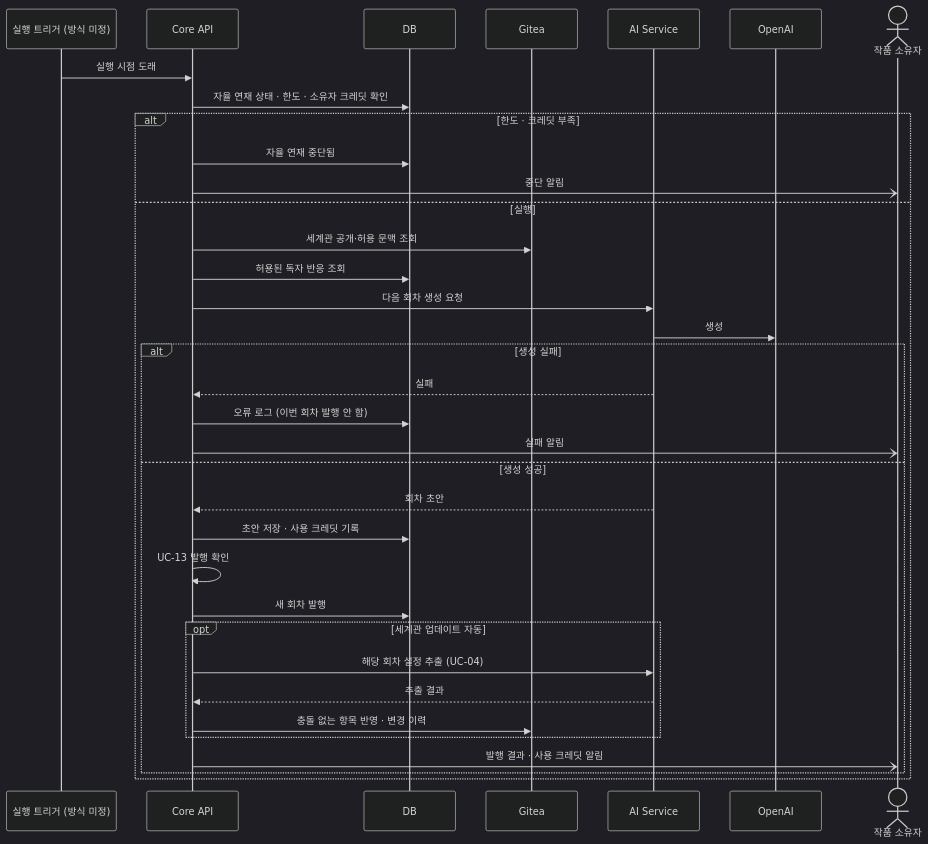
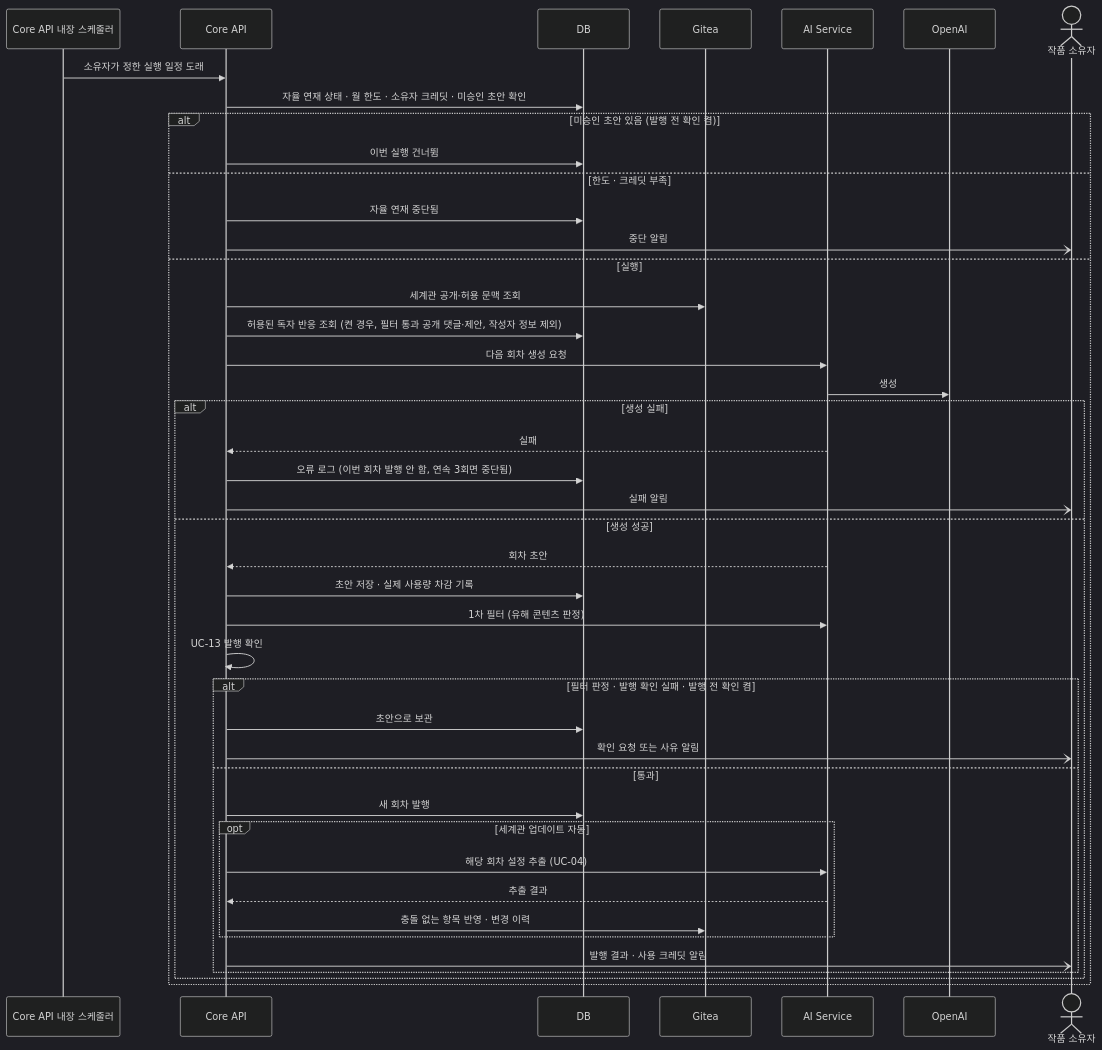
The fourth of 4 diagrams in docs/diagrams/sequence.md (SKNETWORKS-FAMILY-AICAMP/SKN34-FINAL-4TEAM), drawn with Mermaid (dark theme) before and after one commit. The commit also changed other lines of this file and 4 other files, not shown here.

````diff
--- a/docs/diagrams/sequence.md
+++ b/docs/diagrams/sequence.md
@@ -113,37 +113,45 @@
 ```mermaid
 sequenceDiagram
-  participant TR as 실행 트리거 (방식 미정)
+  participant TR as Core API 내장 스케줄러
   participant CO as Core API
   participant DB as DB
   participant GT as Gitea
   participant AI as AI Service
   participant LLM as OpenAI
   actor W as 작품 소유자
-  TR->>CO: 실행 시점 도래
-  CO->>DB: 자율 연재 상태 · 한도 · 소유자 크레딧 확인
-  alt 한도 · 크레딧 부족
+  TR->>CO: 소유자가 정한 실행 일정 도래
+  CO->>DB: 자율 연재 상태 · 월 한도 · 소유자 크레딧 · 미승인 초안 확인
+  alt 미승인 초안 있음 (발행 전 확인 켬)
+    CO->>DB: 이번 실행 건너뜀
+  else 한도 · 크레딧 부족
     CO->>DB: 자율 연재 중단됨
     CO-)W: 중단 알림
   else 실행
     CO->>GT: 세계관 공개·허용 문맥 조회
-    CO->>DB: 허용된 독자 반응 조회
+    CO->>DB: 허용된 독자 반응 조회 (켠 경우, 필터 통과 공개 댓글·제안, 작성자 정보 제외)
     CO->>AI: 다음 회차 생성 요청
     AI->>LLM: 생성
     alt 생성 실패
       AI-->>CO: 실패
-      CO->>DB: 오류 로그 (이번 회차 발행 안 함)
+      CO->>DB: 오류 로그 (이번 회차 발행 안 함, 연속 3회면 중단됨)
       CO-)W: 실패 알림
     else 생성 성공
       AI-->>CO: 회차 초안
-      CO->>DB: 초안 저장 · 사용 크레딧 기록
+      CO->>DB: 초안 저장 · 실제 사용량 차감 기록
+      CO->>AI: 1차 필터 (유해 콘텐츠 판정)
       CO->>CO: UC-13 발행 확인
-      CO->>DB: 새 회차 발행
-      opt 세계관 업데이트 자동
-        CO->>AI: 해당 회차 설정 추출 (UC-04)
-        AI-->>CO: 추출 결과
-        CO->>GT: 충돌 없는 항목 반영 · 변경 이력
+      alt 필터 판정 · 발행 확인 실패 · 발행 전 확인 켬
+        CO->>DB: 초안으로 보관
+        CO-)W: 확인 요청 또는 사유 알림
+      else 통과
+        CO->>DB: 새 회차 발행
+        opt 세계관 업데이트 자동
+          CO->>AI: 해당 회차 설정 추출 (UC-04)
+          AI-->>CO: 추출 결과
+          CO->>GT: 충돌 없는 항목 반영 · 변경 이력
+        end
+        CO-)W: 발행 결과 · 사용 크레딧 알림
       end
-      CO-)W: 발행 결과 · 사용 크레딧 알림
     end
   end
 ```
````
